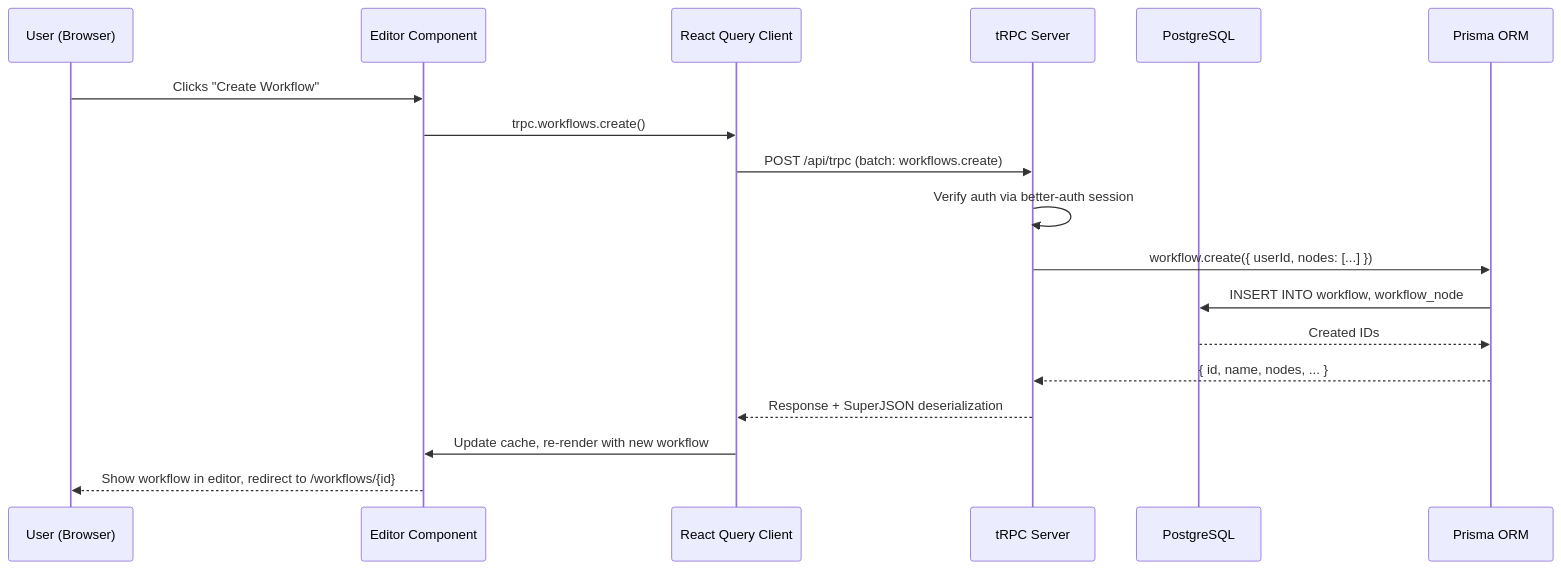
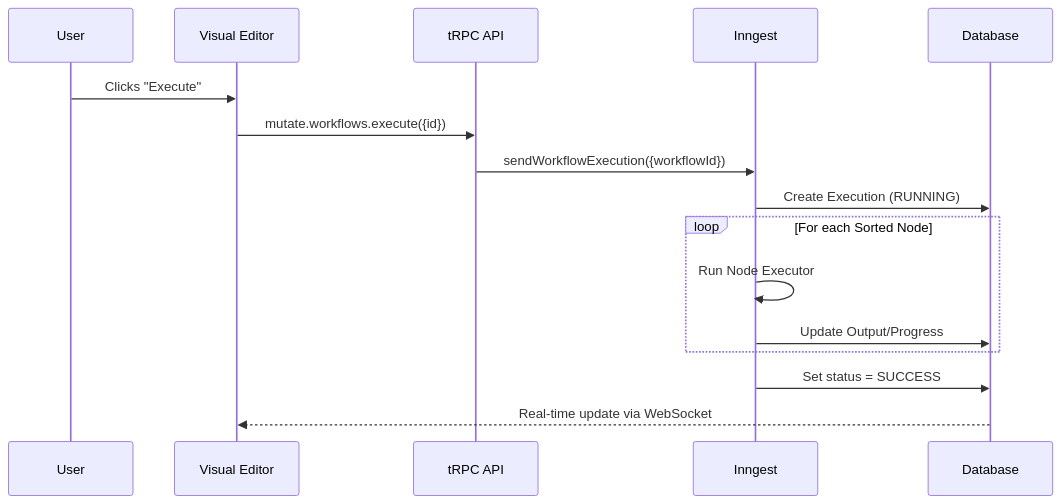
The fourth of 9 diagrams in README.md (Nemathullahkhan/Zerak), drawn with Mermaid before and after one commit. The commit also changed other lines of this file, not shown here.

````diff
--- a/README.md
+++ b/README.md
@@ -223,21 +85,19 @@
 ```mermaid
 sequenceDiagram
-    participant U as User (Browser)
-    participant UI as Editor Component
-    participant RC as React Query Client
-    participant tRPC as tRPC Server
-    participant DB as PostgreSQL
-    participant Prisma as Prisma ORM
+  participant U as User
+  participant E as Visual Editor
+  participant T as tRPC API
+  participant I as Inngest
+  participant DB as Database
 
-    U->>UI: Clicks "Create Workflow"
-    UI->>RC: trpc.workflows.create()
-    RC->>tRPC: POST /api/trpc (batch: workflows.create)
-    tRPC->>tRPC: Verify auth via better-auth session
-    tRPC->>Prisma: workflow.create({ userId, nodes: [...] })
-    Prisma->>DB: INSERT INTO workflow, workflow_node
-    DB-->>Prisma: Created IDs
-    Prisma-->>tRPC: { id, name, nodes, ... }
-    tRPC-->>RC: Response + SuperJSON deserialization
-    RC->>UI: Update cache, re-render with new workflow
-    UI-->>U: Show workflow in editor, redirect to /workflows/{id}
+  U->>E: Clicks "Execute"
+  E->>T: mutate.workflows.execute({id})
+  T->>I: sendWorkflowExecution({workflowId})
+  I->>DB: Create Execution (RUNNING)
+  loop For each Sorted Node
+    I->>I: Run Node Executor
+    I->>DB: Update Output/Progress
+  end
+  I->>DB: Set status = SUCCESS
+  DB-->>E: Real-time update via WebSocket
 ```
````
